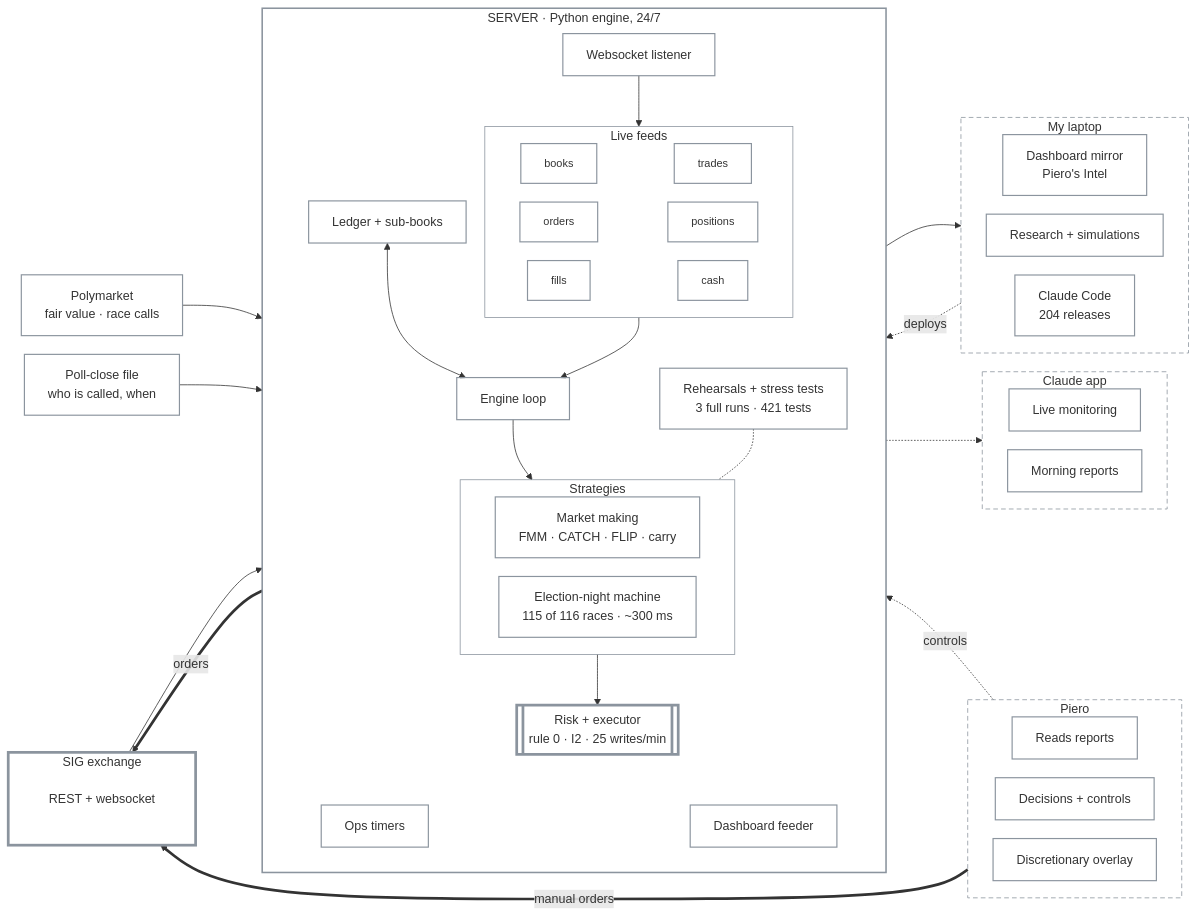
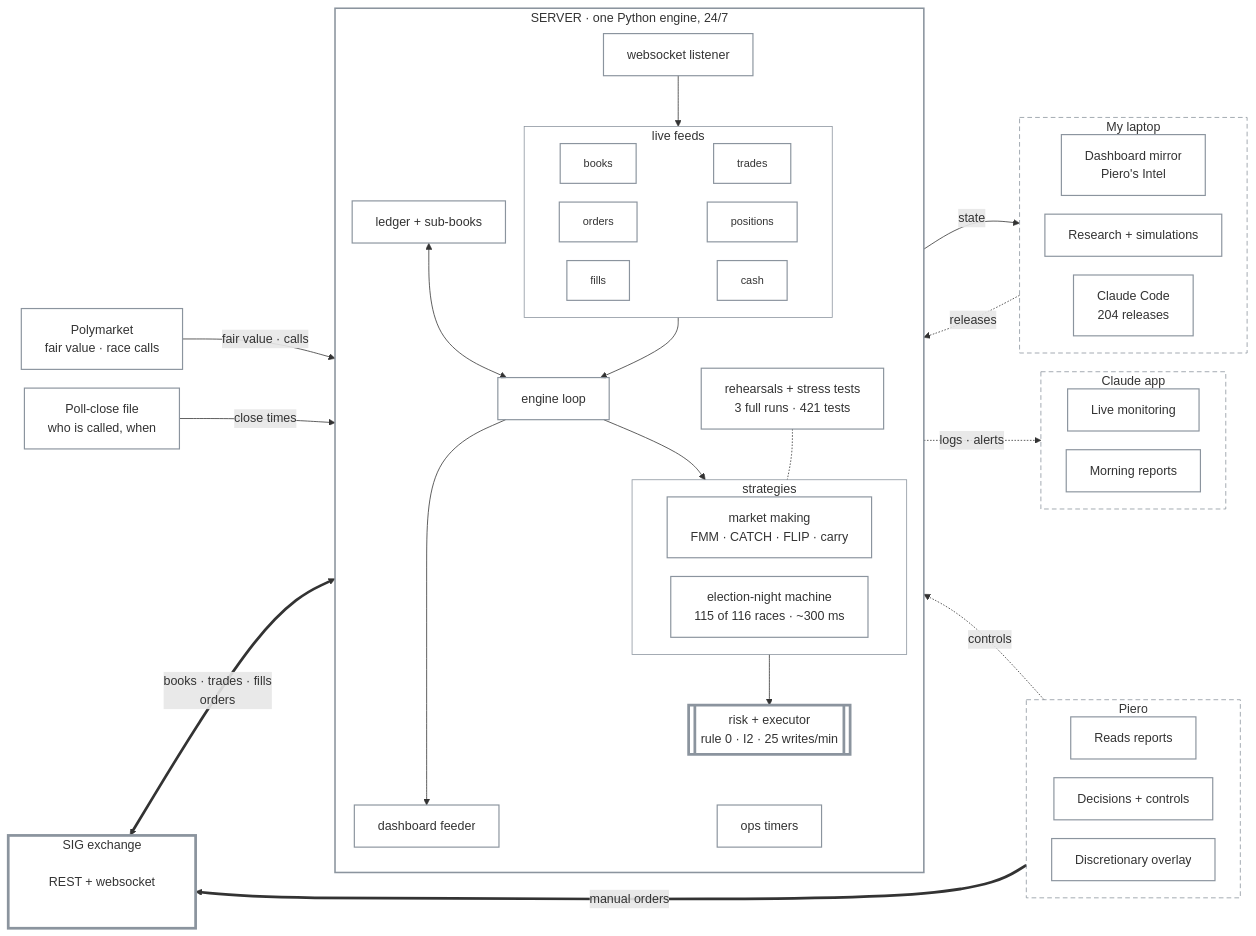
The diagram in README.md (pieropls/PredictionsCup26), drawn with Mermaid before and after one commit.

Commit message:
README: system diagram v3
Labelled edges for every flow (market data and orders, fair value and calls, close times, state, releases, logs and alerts, controls, manual orders), engineering names inside the server, one two-way edge between SIG and the server, and the dashboard feeder fed by the engine loop. Same left-to-right reading: data, one server, the three oversight groups.

````diff
--- a/README.md
+++ b/README.md
@@ -45,79 +45,78 @@
 ```mermaid
 %%{init: {"look": "classic", "flowchart": {"curve": "basis", "nodeSpacing": 24, "rankSpacing": 40, "wrappingWidth": 320}, "themeVariables": {"fontSize": "16px"}}}%%
 flowchart LR
   PM["Polymarket<br/>fair value · race calls"]
   POLL["Poll-close file<br/>who is called, when"]
-  subgraph SERVER["SERVER · Python engine, 24/7"]
+  subgraph SERVER["SERVER · one Python engine, 24/7"]
     direction TB
-    WS["Websocket listener"]
-    subgraph FEEDS["Live feeds"]
+    WS["websocket listener"]
+    subgraph FEEDS["live feeds"]
       direction LR
       F1[books] ~~~ F2[trades]
       F3[orders] ~~~ F4[positions]
       F5[fills] ~~~ F6[cash]
     end
-    LEDGER["Ledger + sub-books"]
-    LOOP["Engine loop"]
-    REH["Rehearsals + stress tests<br/>3 full runs · 421 tests"]
-    subgraph STRAT["Strategies"]
+    LEDGER["ledger + sub-books"]
+    LOOP["engine loop"]
+    REH["rehearsals + stress tests<br/>3 full runs · 421 tests"]
+    subgraph STRAT["strategies"]
       direction LR
-      MM["Market making<br/>FMM · CATCH · FLIP · carry"]
-      NIGHT["Election-night machine<br/>115 of 116 races · ~300 ms"]
+      MM["market making<br/>FMM · CATCH · FLIP · carry"]
+      NIGHT["election-night machine<br/>115 of 116 races · ~300 ms"]
     end
-    EXEC[["Risk + executor<br/>rule 0 · I2 · 25 writes/min"]]
-    OPS["Ops timers"]
-    DASHF["Dashboard feeder"]
+    EXEC[["risk + executor<br/>rule 0 · I2 · 25 writes/min"]]
+    OPS["ops timers"]
+    DASHF["dashboard feeder"]
     WS --> FEEDS --> LOOP
     LEDGER <--> LOOP
     LOOP --> STRAT
     REH -.- STRAT
     STRAT --> EXEC
+    LOOP ----> DASHF
     EXEC ~~~ OPS
-    EXEC ~~~ DASHF
   end
   subgraph LAPTOP["My laptop"]
     direction LR
     MIRROR["Dashboard mirror<br/>Piero's Intel"]
     RES["Research + simulations"]
     CC["Claude Code<br/>204 releases"]
   end
   subgraph CLAUDE["Claude app"]
     direction LR
     MON["Live monitoring"]
     MORN["Morning reports"]
   end
   subgraph PIERO["Piero"]
     direction LR
     READ["Reads reports"]
     DEC["Decisions + controls"]
     OVER["Discretionary overlay"]
   end
-  PM --> SERVER
-  POLL --> SERVER
-  SERVER ==>|orders| SIGG
-  SIGG --> SERVER
-  SERVER --> LAPTOP
-  LAPTOP -.->|deploys| SERVER
-  SERVER -.-> CLAUDE
+  PM -->|fair value · calls| SERVER
+  POLL -->|close times| SERVER
+  SIGG <==>|books · trades · fills<br/>orders| SERVER
+  SERVER -->|state| LAPTOP
+  LAPTOP -.->|releases| SERVER
+  SERVER -.->|logs · alerts| CLAUDE
   SERVER ~~~ PIERO
   PIERO -.->|controls| SERVER
   PIERO ==>|manual orders| SIGG
   %% declared last: the layout's cycle-breaking starts here, which keeps SIG on the left
   subgraph SIGG["SIG exchange"]
     SIGT["REST + websocket"]
   end
   classDef default fill:none,stroke:#8b949e,stroke-width:1.5px
   classDef key fill:none,stroke-width:3.5px
   classDef feed font-size:14px
   classDef bare fill:none,stroke:none
   class EXEC key
   class F1,F2,F3,F4,F5,F6 feed
   class SIGT bare
   style SIGG fill:none,stroke:#8b949e,stroke-width:3.5px
   style SERVER fill:none,stroke:#8b949e,stroke-width:2px
   style FEEDS fill:none,stroke:#8b949e
   style STRAT fill:none,stroke:#8b949e
   style LAPTOP fill:none,stroke:#8b949e,stroke-dasharray:6 4
   style CLAUDE fill:none,stroke:#8b949e,stroke-dasharray:6 4
   style PIERO fill:none,stroke:#8b949e,stroke-dasharray:6 4
 ```
````
